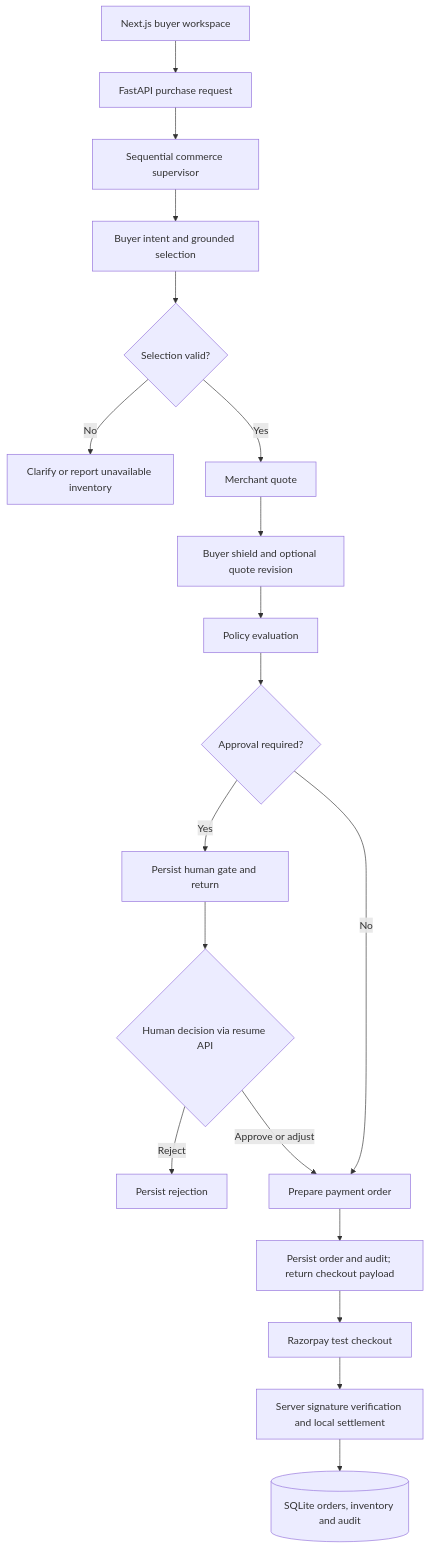
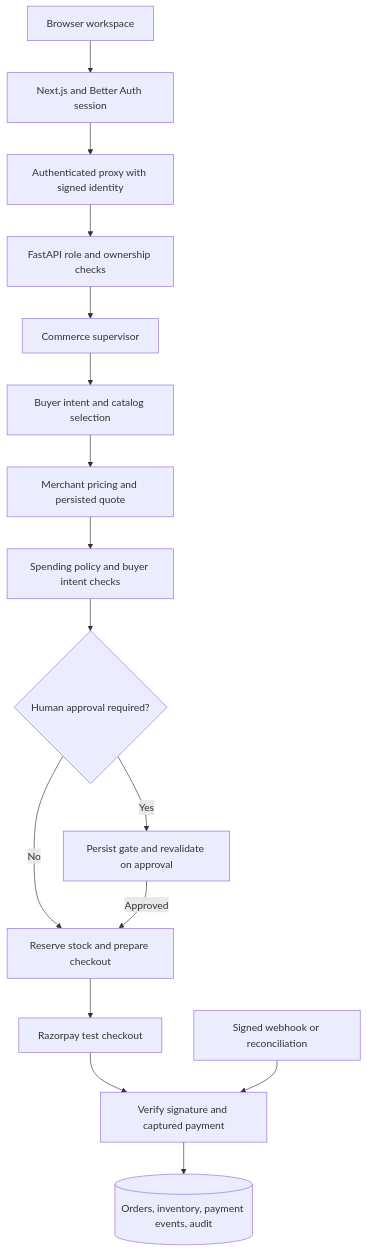
The diagram in README.md (Kaushik2709/AgentPay_Nexus), drawn with Mermaid before and after one commit. The commit also changed other lines of this file, not shown here.

````diff
--- a/README.md
+++ b/README.md
@@ -26,21 +26,18 @@
-~~~mermaid
+```mermaid
 flowchart TD
-    UI[Next.js buyer workspace] --> API[FastAPI purchase request]
-    API --> S[Sequential commerce supervisor]
-    S --> B[Buyer intent and grounded selection]
-    B --> C{Selection valid?}
-    C -->|No| CL[Clarify or report unavailable inventory]
-    C -->|Yes| M[Merchant quote]
-    M --> SH[Buyer shield and optional quote revision]
-    SH --> P[Policy evaluation]
-    P --> G{Approval required?}
-    G -->|Yes| H[Persist human gate and return]
-    H --> D{Human decision via resume API}
-    D -->|Reject| R[Persist rejection]
-    D -->|Approve or adjust| O[Prepare payment order]
-    G -->|No| O
-    O --> A[Persist order and audit; return checkout payload]
-    A --> RP[Razorpay test checkout]
-    RP --> V[Server signature verification and local settlement]
-    V --> DB[(SQLite orders, inventory and audit)]
-~~~
+    U[Browser workspace] --> A[Next.js and Better Auth session]
+    A --> B[Authenticated proxy with signed identity]
+    B --> F[FastAPI role and ownership checks]
+    F --> S[Commerce supervisor]
+    S --> I[Buyer intent and catalog selection]
+    I --> Q[Merchant pricing and persisted quote]
+    Q --> P[Spending policy and buyer intent checks]
+    P --> H{Human approval required?}
+    H -->|Yes| G[Persist gate and revalidate on approval]
+    H -->|No| R[Reserve stock and prepare checkout]
+    G -->|Approved| R
+    R --> C[Razorpay test checkout]
+    C --> V[Verify signature and captured payment]
+    W[Signed webhook or reconciliation] --> V
+    V --> D[(Orders, inventory, payment events, audit)]
+```
````
